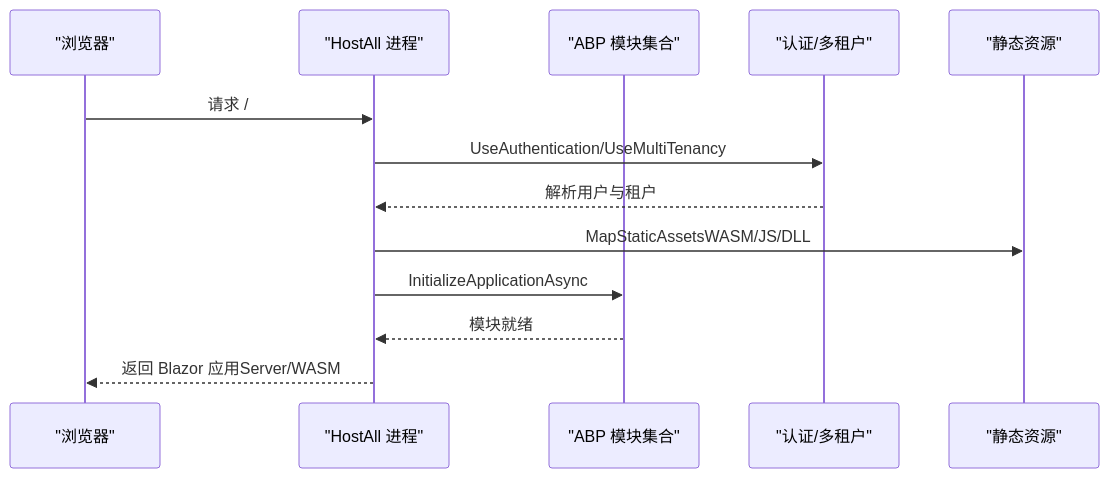
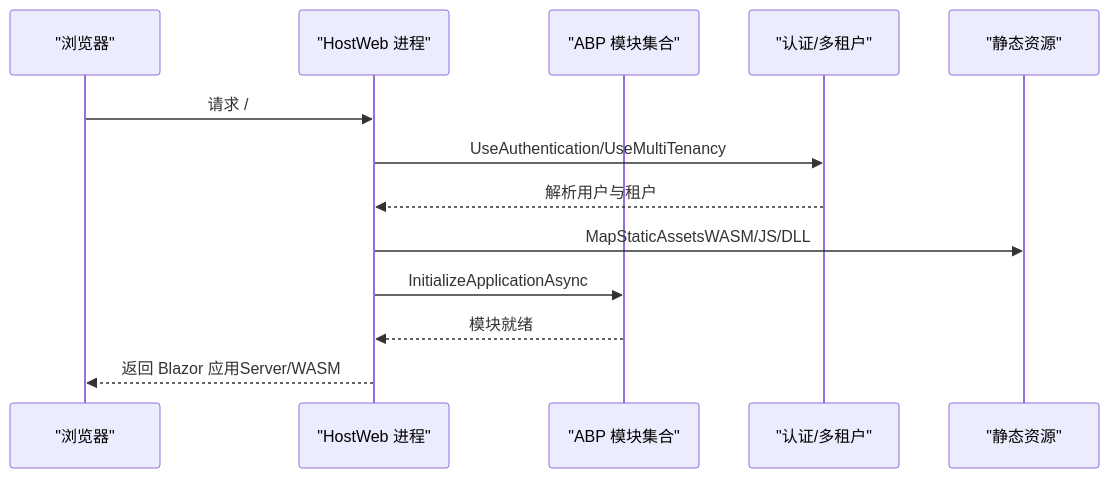
The third of 6 diagrams in .qoder/repowiki/zh/content/架构设计/整体架构.md (openlowcodelab/lowcode), drawn with Mermaid before and after one commit. The commit also changed other lines of this file and 31 other files, not shown here.

````diff
--- a/.qoder/repowiki/zh/content/架构设计/整体架构.md
+++ b/.qoder/repowiki/zh/content/架构设计/整体架构.md
@@ -191,15 +186,15 @@
 ```mermaid
 sequenceDiagram
 participant Browser as "浏览器"
-participant Host as "HostAll 进程"
+participant Host as "HostWeb 进程"
 participant Module as "ABP 模块集合"
 participant Auth as "认证/多租户"
 participant Static as "静态资源"
 Browser->>Host : 请求 /
 Host->>Auth : UseAuthentication/UseMultiTenancy
 Auth-->>Host : 解析用户与租户
 Host->>Static : MapStaticAssetsWASM/JS/DLL
 Host->>Module : InitializeApplicationAsync
 Module-->>Host : 模块就绪
 Host-->>Browser : 返回 Blazor 应用Server/WASM
 ```
````
